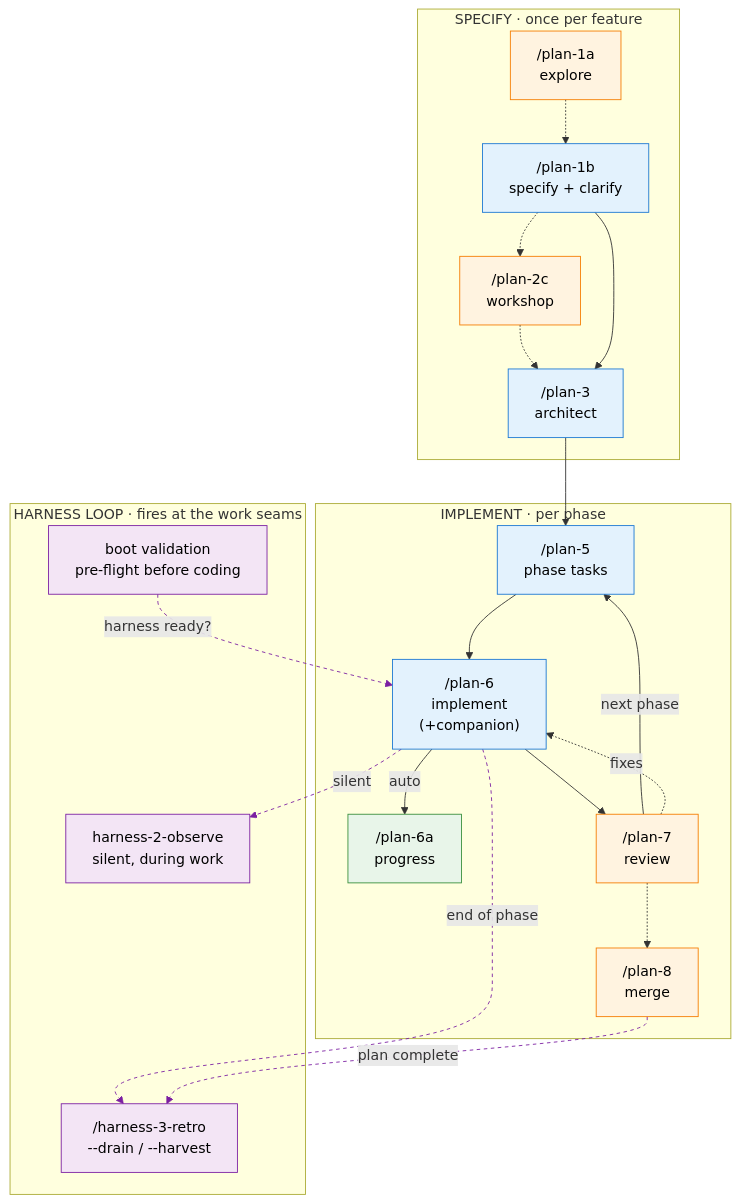
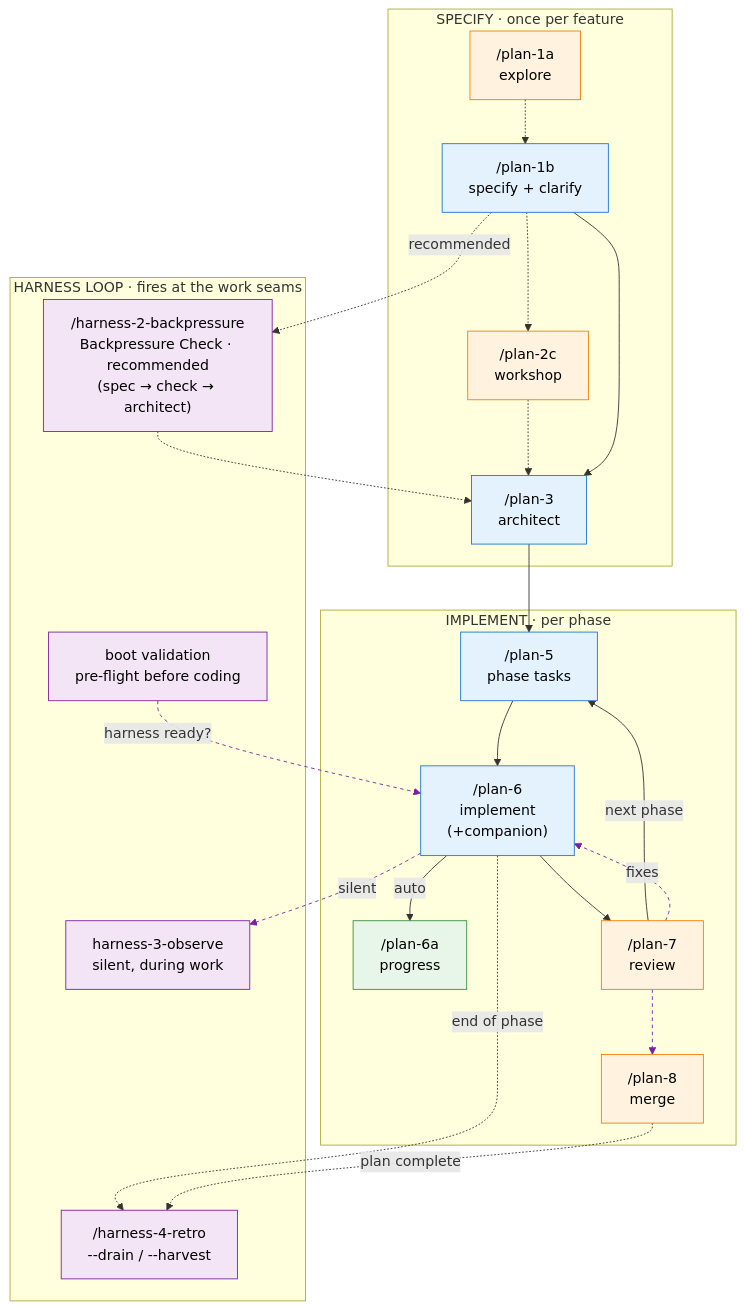
One commit to jakkaj/tools changed the first of 3 diagrams in skills/SDD/the-flow/references/getting-started.md. Above: the diagram before and after it, drawn with Mermaid. The commit also changed other lines of this file and 27 other files, not shown here.

````diff
--- a/skills/SDD/the-flow/references/getting-started.md
+++ b/skills/SDD/the-flow/references/getting-started.md
@@ -18,47 +18,50 @@
 ```mermaid
 flowchart TB
     classDef manual fill:#e3f2fd,stroke:#1976d2,color:#000
     classDef auto fill:#e8f5e9,stroke:#388e3c,color:#000
     classDef optional fill:#fff3e0,stroke:#f57c00,color:#000
     classDef harness fill:#f3e5f5,stroke:#7b1fa2,color:#000
 
     subgraph specify["SPECIFY · once per feature"]
         P1A["/plan-1a<br/>explore"]:::optional
         P1B["/plan-1b<br/>specify + clarify"]:::manual
         P2C["/plan-2c<br/>workshop"]:::optional
         P3["/plan-3<br/>architect"]:::manual
     end
 
     subgraph implement["IMPLEMENT · per phase"]
         P5["/plan-5<br/>phase tasks"]:::manual
         P6["/plan-6<br/>implement<br/>(+companion)"]:::manual
         P6A["/plan-6a<br/>progress"]:::auto
         P7["/plan-7<br/>review"]:::optional
         P8["/plan-8<br/>merge"]:::optional
     end
 
     subgraph harness["HARNESS LOOP · fires at the work seams"]
+        HBP["/harness-2-backpressure<br/>Backpressure Check · recommended<br/>(spec → check → architect)"]:::harness
         HB["boot validation<br/>pre-flight before coding"]:::harness
-        HO["harness-2-observe<br/>silent, during work"]:::harness
-        HR["/harness-3-retro<br/>--drain / --harvest"]:::harness
+        HO["harness-3-observe<br/>silent, during work"]:::harness
+        HR["/harness-4-retro<br/>--drain / --harvest"]:::harness
     end
 
     P1A -.-> P1B
     P1B -.-> P2C
     P2C -.-> P3
+    P1B -.->|recommended| HBP
+    HBP -.-> P3
     P1B --> P3
     P3 --> P5
     P5 --> P6
     P6 -->|auto| P6A
     P6 --> P7
     P7 -->|next phase| P5
     P7 -.->|fixes| P6
     P7 -.-> P8
 
     HB -.->|harness ready?| P6
     P6 -.->|silent| HO
     P6 -.->|end of phase| HR
     P8 -.->|plan complete| HR
 
     linkStyle 11,12,13,14 stroke:#7b1fa2,stroke-dasharray:4 4
 ```
````
